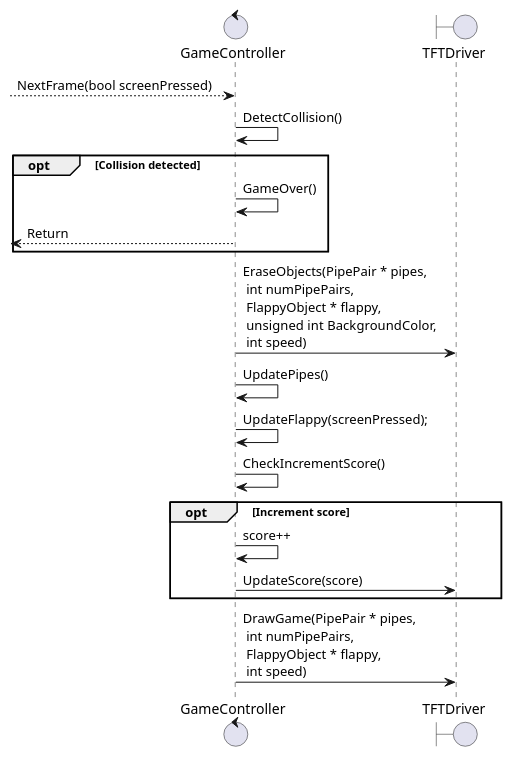
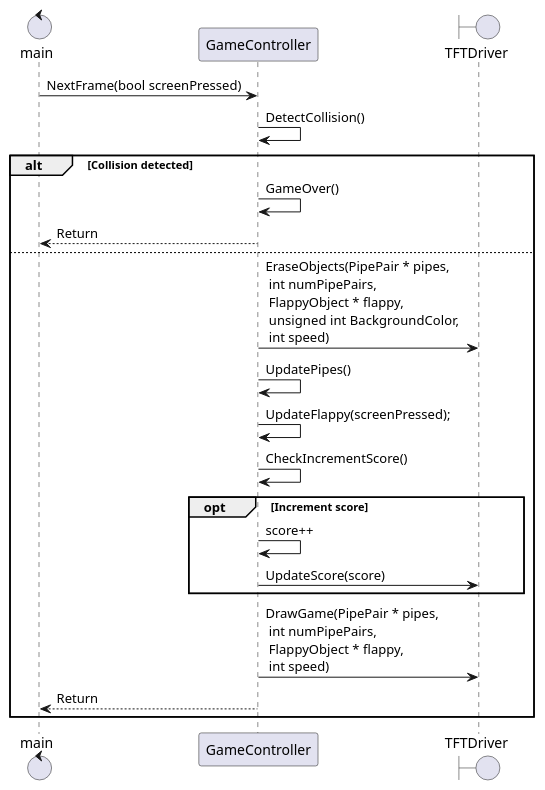
The diagram in Projekt/diagrams/NextFrame.wsd (Valdemartt/AMS), drawn with PlantUML before and after one commit. The commit also changed 14 other files, not shown here.

```diff
--- a/Projekt/diagrams/NextFrame.wsd
+++ b/Projekt/diagrams/NextFrame.wsd
@@ -1,19 +1,22 @@
 @startuml
-control GameController
+control main
+participant GameController
 boundary TFTDriver
---> GameController : NextFrame(bool screenPressed)
+main -> GameController : NextFrame(bool screenPressed)
 GameController -> GameController : DetectCollision()
-opt Collision detected
+alt Collision detected
     GameController -> GameController : GameOver()
-    <-- GameController: Return 
+    main <-- GameController: Return 
+else
+    GameController -> TFTDriver : EraseObjects(PipePair * pipes,\n int numPipePairs, \n FlappyObject * flappy,\n unsigned int BackgroundColor, \n int speed)
+    GameController -> GameController : UpdatePipes()
+    GameController -> GameController : UpdateFlappy(screenPressed);
+    GameController -> GameController : CheckIncrementScore()
+    opt Increment score
+    GameController -> GameController : score++
+    GameController -> TFTDriver : UpdateScore(score)
+    end
+    GameController -> TFTDriver : DrawGame(PipePair * pipes, \n int numPipePairs,\n FlappyObject * flappy,\n int speed)
+    main <-- GameController : Return
 end
-GameController -> TFTDriver : EraseObjects(PipePair * pipes,\n int numPipePairs, \n FlappyObject * flappy,\n unsigned int BackgroundColor, \n int speed)
-GameController -> GameController : UpdatePipes()
-GameController -> GameController : UpdateFlappy(screenPressed);
-GameController -> GameController : CheckIncrementScore()
-opt Increment score
-GameController -> GameController : score++
-GameController -> TFTDriver : UpdateScore(score)
-end
-GameController -> TFTDriver : DrawGame(PipePair * pipes, \n int numPipePairs,\n FlappyObject * flappy,\n int speed)
 @enduml
```
